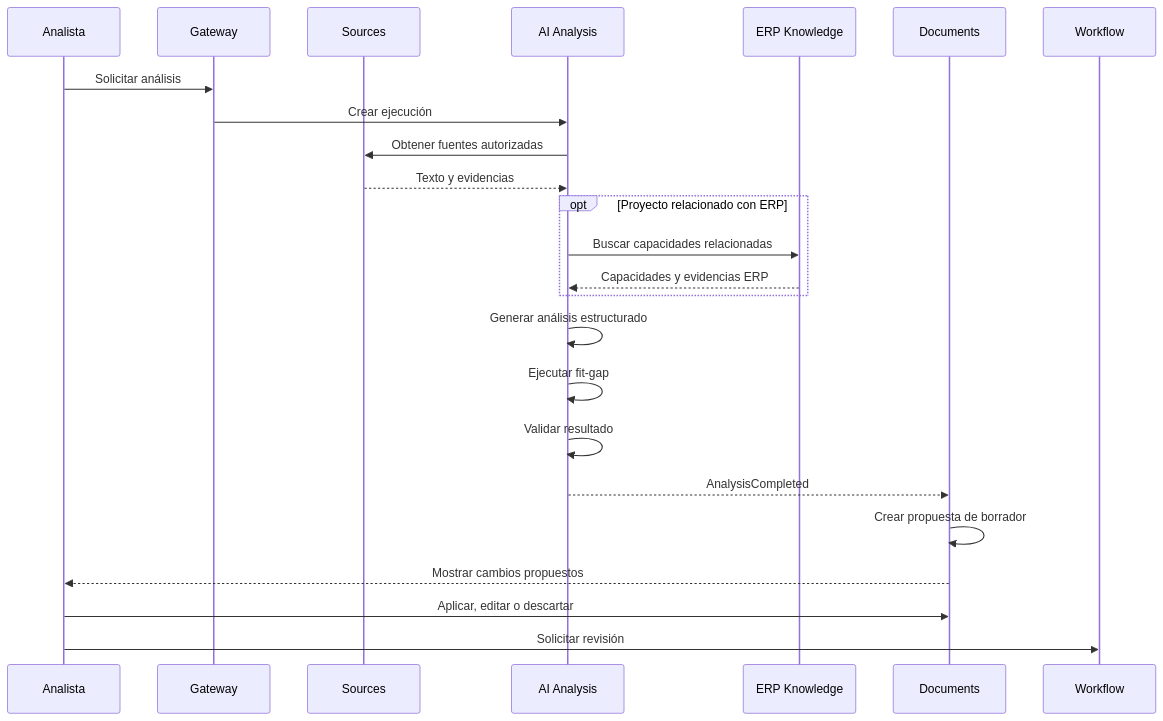
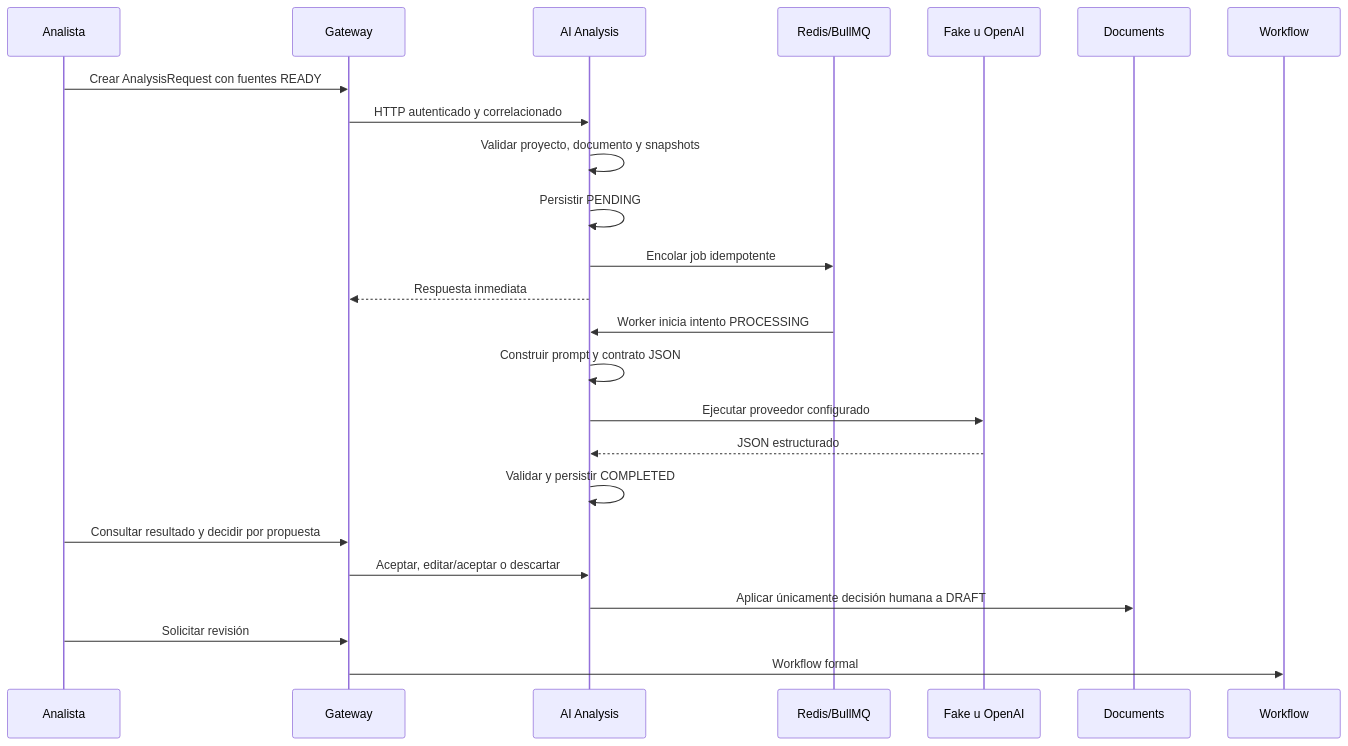
The diagram in docs/architecture/ai-analysis-flow.md (yeisonquintob/Levantamiento-RQ), drawn with Mermaid before and after one commit. The commit also changed other lines of this file and 18 other files, not shown here.

````diff
--- a/docs/architecture/ai-analysis-flow.md
+++ b/docs/architecture/ai-analysis-flow.md
@@ -27,29 +19,27 @@
 ```mermaid
 sequenceDiagram
     participant U as Analista
     participant G as Gateway
-    participant S as Sources
     participant A as AI Analysis
-    participant E as ERP Knowledge
+    participant R as Redis/BullMQ
+    participant P as Fake u OpenAI
     participant D as Documents
     participant W as Workflow
 
-    U->>G: Solicitar análisis
-    G->>A: Crear ejecución
-    A->>S: Obtener fuentes autorizadas
-    S-->>A: Texto y evidencias
-
-    opt Proyecto relacionado con ERP
-        A->>E: Buscar capacidades relacionadas
-        E-->>A: Capacidades y evidencias ERP
-    end
-
-    A->>A: Generar análisis estructurado
-    A->>A: Ejecutar fit-gap
-    A->>A: Validar resultado
-    A-->>D: AnalysisCompleted
-    D->>D: Crear propuesta de borrador
-    D-->>U: Mostrar cambios propuestos
-    U->>D: Aplicar, editar o descartar
-    U->>W: Solicitar revisión
+    U->>G: Crear AnalysisRequest con fuentes READY
+    G->>A: HTTP autenticado y correlacionado
+    A->>A: Validar proyecto, documento y snapshots
+    A->>A: Persistir PENDING
+    A->>R: Encolar job idempotente
+    A-->>G: Respuesta inmediata
+    R->>A: Worker inicia intento PROCESSING
+    A->>A: Construir prompt y contrato JSON
+    A->>P: Ejecutar proveedor configurado
+    P-->>A: JSON estructurado
+    A->>A: Validar y persistir COMPLETED
+    U->>G: Consultar resultado y decidir por propuesta
+    G->>A: Aceptar, editar/aceptar o descartar
+    A->>D: Aplicar únicamente decisión humana a DRAFT
+    U->>G: Solicitar revisión
+    G->>W: Workflow formal
 ```
````
